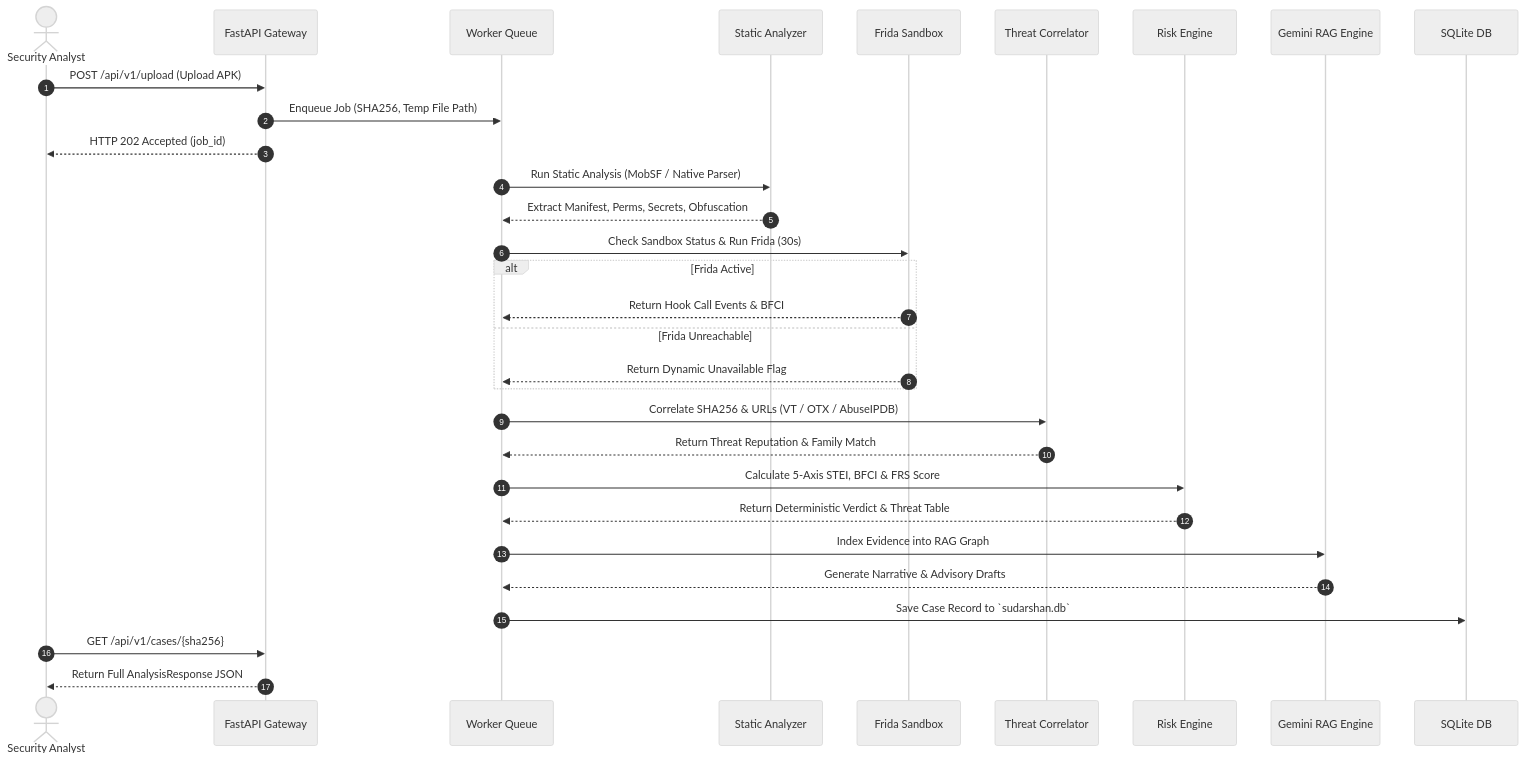
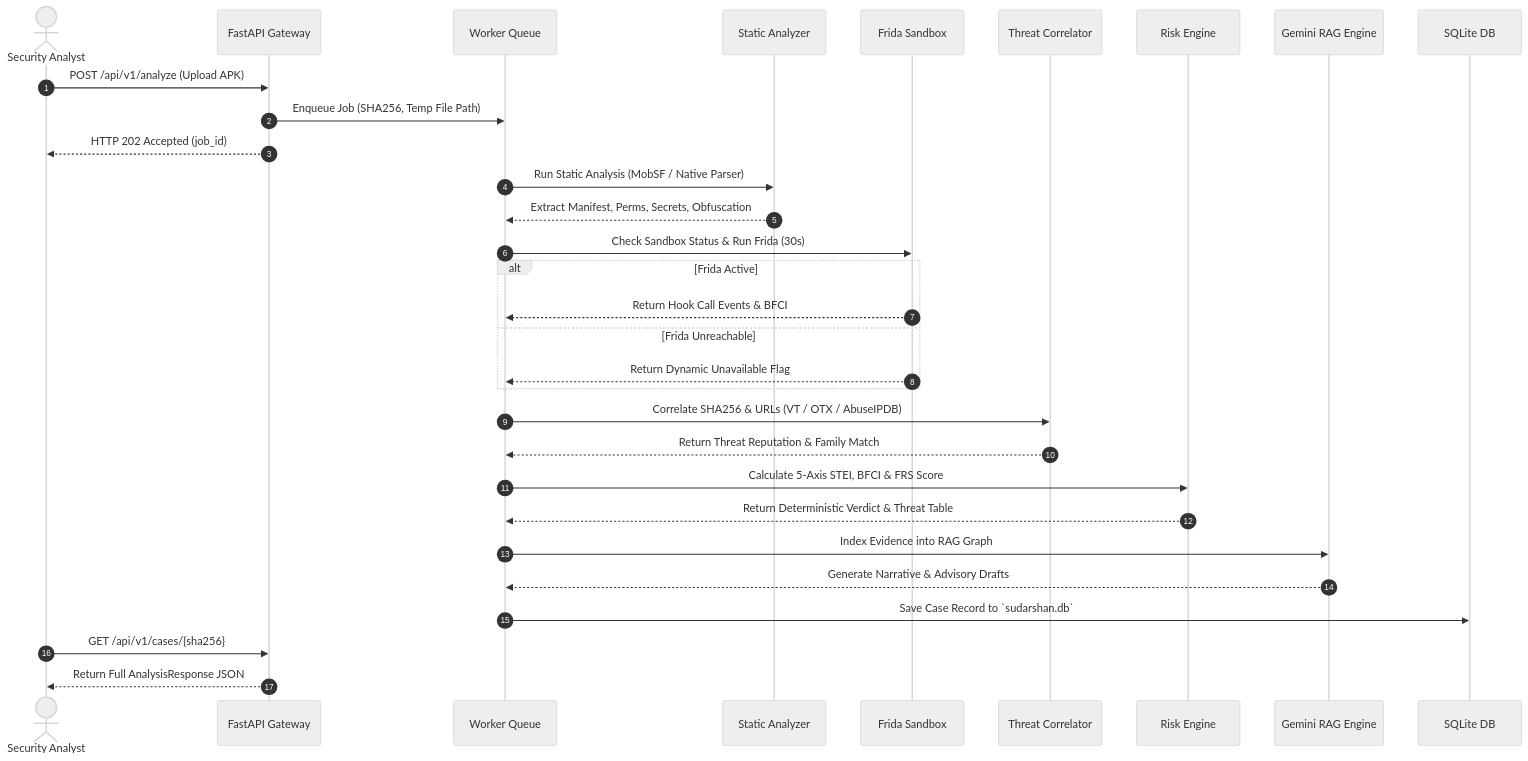
The second of 2 diagrams in docs/02_SYSTEM_OVERVIEW.md (SanTiwari07/Sudarshan), drawn with Mermaid (neutral theme) before and after one commit. The commit also changed other lines of this file and 18 other files, not shown here.

````diff
--- a/docs/02_SYSTEM_OVERVIEW.md
+++ b/docs/02_SYSTEM_OVERVIEW.md
@@ -156,40 +156,40 @@
 ```mermaid
 sequenceDiagram
     autonumber
     actor User as Security Analyst
     participant API as FastAPI Gateway
     participant Q as Worker Queue
     participant S as Static Analyzer
     participant D as Frida Sandbox
     participant C as Threat Correlator
     participant R as Risk Engine
     participant AI as Gemini RAG Engine
     participant DB as SQLite DB
 
-    User->>API: POST /api/v1/upload (Upload APK)
+    User->>API: POST /api/v1/analyze (Upload APK)
     API->>Q: Enqueue Job (SHA256, Temp File Path)
     API-->>User: HTTP 202 Accepted (job_id)
 
     Q->>S: Run Static Analysis (MobSF / Native Parser)
     S-->>Q: Extract Manifest, Perms, Secrets, Obfuscation
 
     Q->>D: Check Sandbox Status & Run Frida (30s)
     alt Frida Active
         D-->>Q: Return Hook Call Events & BFCI
     else Frida Unreachable
         D-->>Q: Return Dynamic Unavailable Flag
     end
 
     Q->>C: Correlate SHA256 & URLs (VT / OTX / AbuseIPDB)
     C-->>Q: Return Threat Reputation & Family Match
 
     Q->>R: Calculate 5-Axis STEI, BFCI & FRS Score
     R-->>Q: Return Deterministic Verdict & Threat Table
 
     Q->>AI: Index Evidence into RAG Graph
     AI-->>Q: Generate Narrative & Advisory Drafts
 
     Q->>DB: Save Case Record to `sudarshan.db`
     User->>API: GET /api/v1/cases/{sha256}
     API-->>User: Return Full AnalysisResponse JSON
 ```
````
